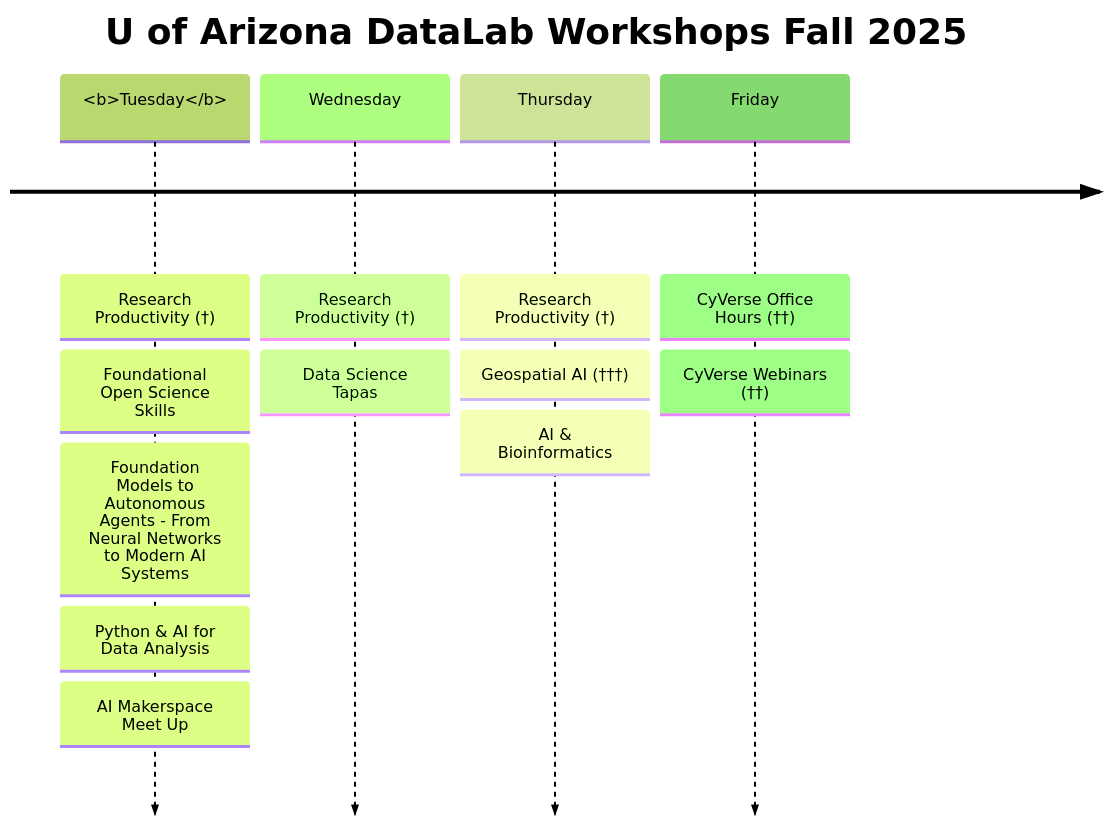
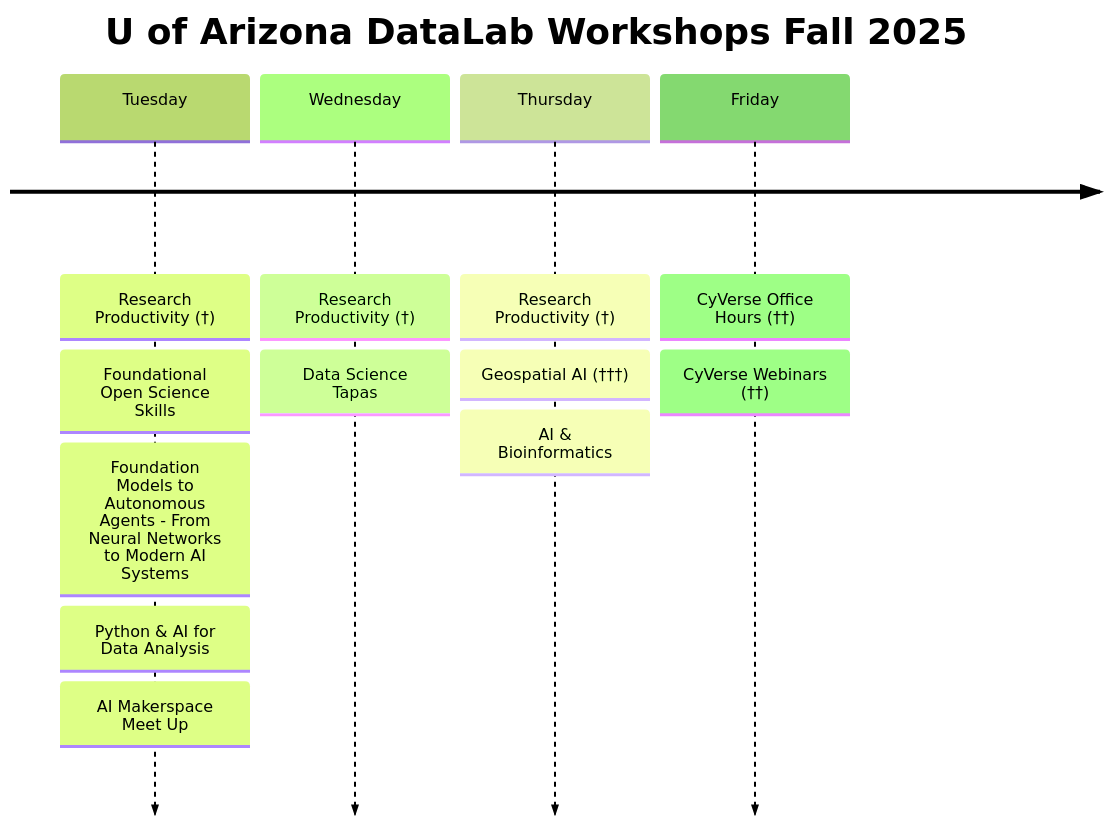
Before and after one commit to ua-datalab/ua-datalab.github.io: the diagram in docs/index.md, drawn with Mermaid.

````diff
--- a/docs/index.md
+++ b/docs/index.md
@@ -31,17 +31,17 @@
 ```mermaid
-%%{init: { 'logLevel': 'debug', 'theme': 'forest', 'disableMulticolor': 'True' } }%%
+%%{init: { 'logLevel': 'debug', 'theme': 'forest' } }%%
 timeline
     title U of Arizona DataLab Workshops Fall 2025
-    <b>Tuesday</b> : Research Productivity (†)
+    Tuesday : Research Productivity (†)
             : Foundational Open Science Skills
 	    : Foundation Models to Autonomous Agents - From Neural Networks to Modern AI Systems
 	    : Python & AI for Data Analysis
 	    : AI Makerspace Meet Up
     Wednesday : Research Productivity (†)
 	    : Data Science Tapas
     Thursday : Research Productivity (†)
              : Geospatial AI (†††)
     	     : AI & Bioinformatics 
     Friday : CyVerse Office Hours (††)
     	   : CyVerse Webinars (††)
 ```
````
